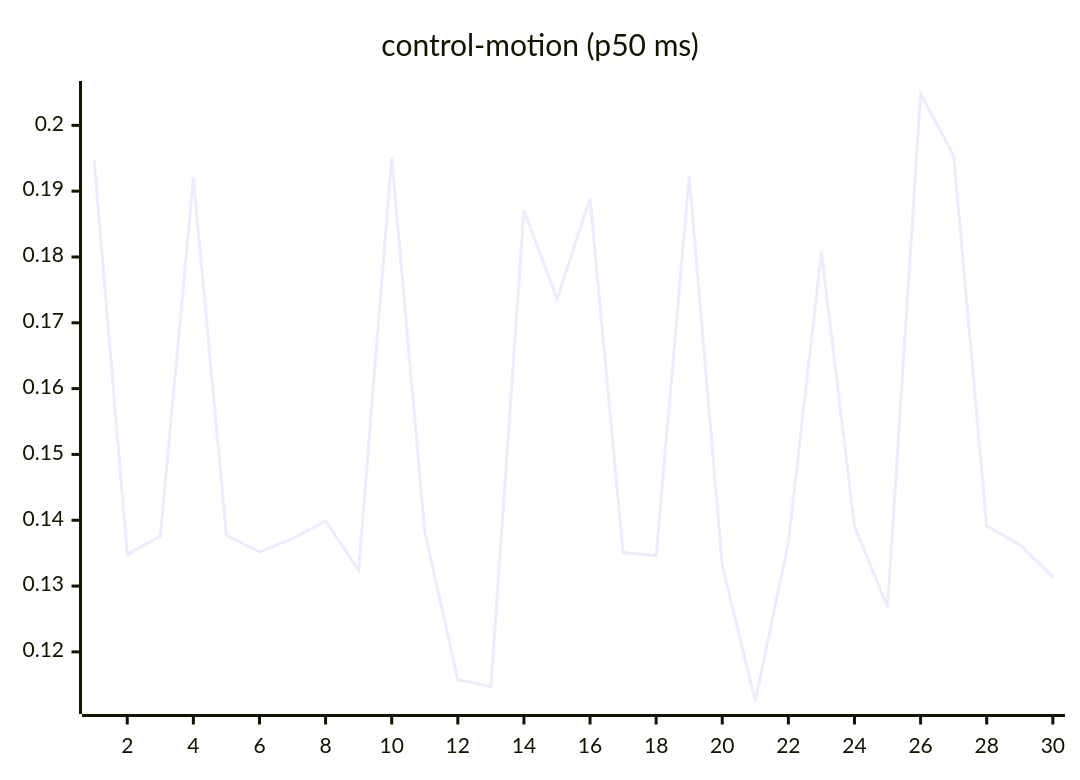
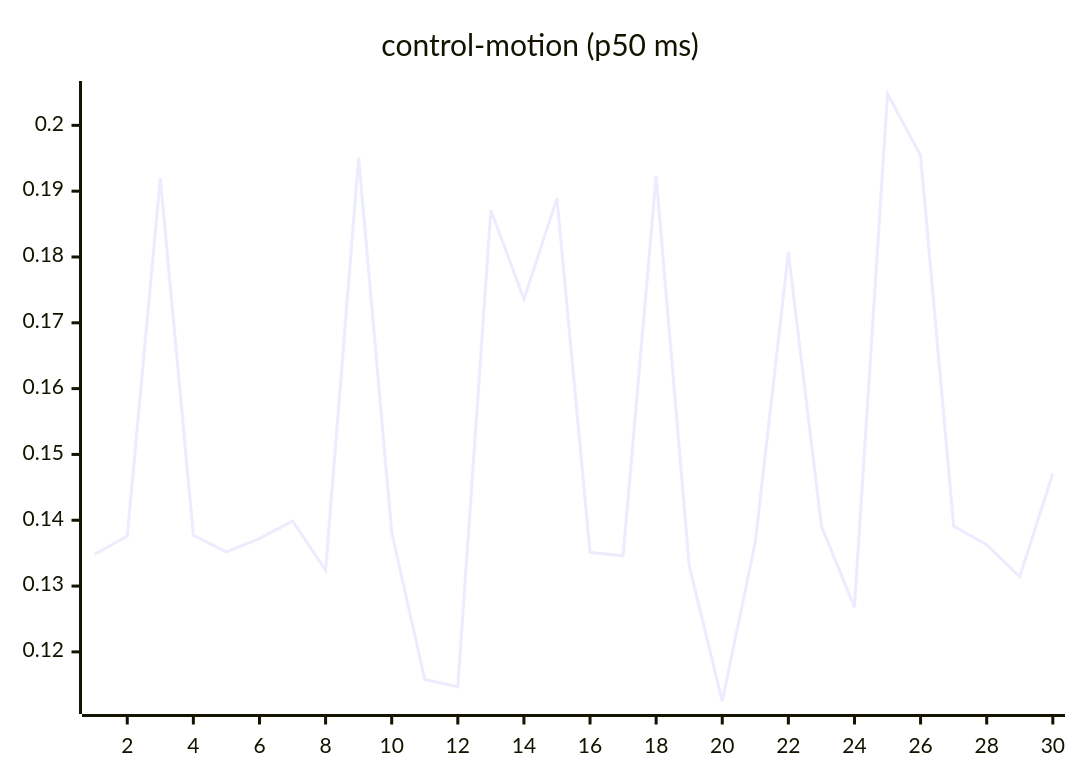
The seventh of 27 diagrams in README.md (josha/Facet), drawn with Mermaid before and after one commit. The commit also changed other lines of this file and 2 other files, not shown here.

````diff
--- a/README.md
+++ b/README.md
@@ -105,6 +105,6 @@
 ```mermaid
 xychart-beta
     title "control-motion (p50 ms)"
     x-axis 1 --> 30
-    line [0.1947, 0.1348, 0.1376, 0.1920, 0.1377, 0.1352, 0.1372, 0.1399, 0.1324, 0.1951, 0.1382, 0.1158, 0.1147, 0.1871, 0.1736, 0.1889, 0.1351, 0.1346, 0.1923, 0.1331, 0.1125, 0.1367, 0.1807, 0.1391, 0.1268, 0.2048, 0.1954, 0.1391, 0.1363, 0.1314]
+    line [0.1348, 0.1376, 0.1920, 0.1377, 0.1352, 0.1372, 0.1399, 0.1324, 0.1951, 0.1382, 0.1158, 0.1147, 0.1871, 0.1736, 0.1889, 0.1351, 0.1346, 0.1923, 0.1331, 0.1125, 0.1367, 0.1807, 0.1391, 0.1268, 0.2048, 0.1954, 0.1391, 0.1363, 0.1314, 0.1471]
 ```
````
